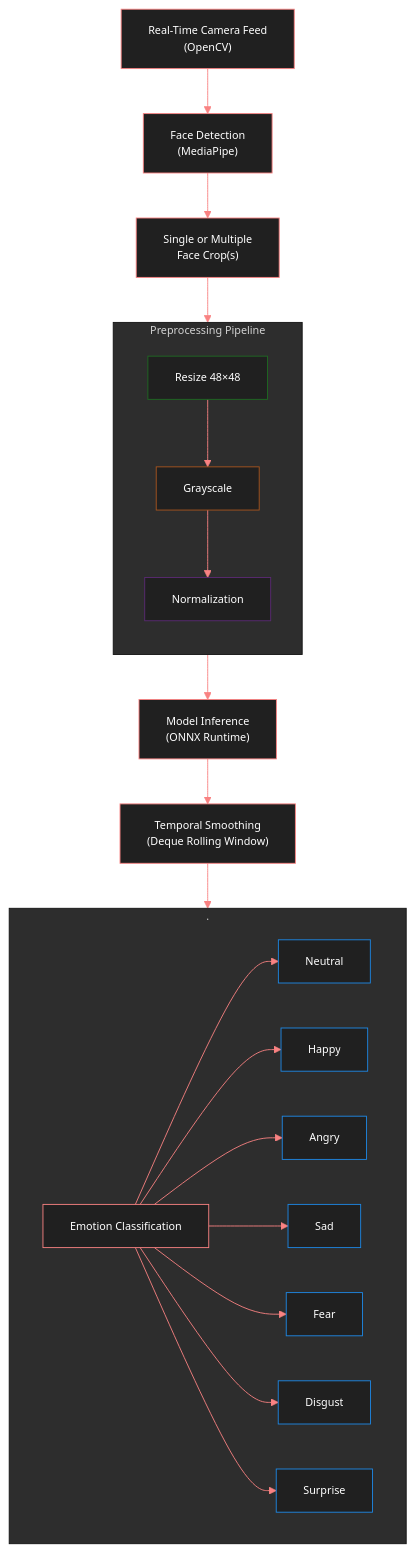
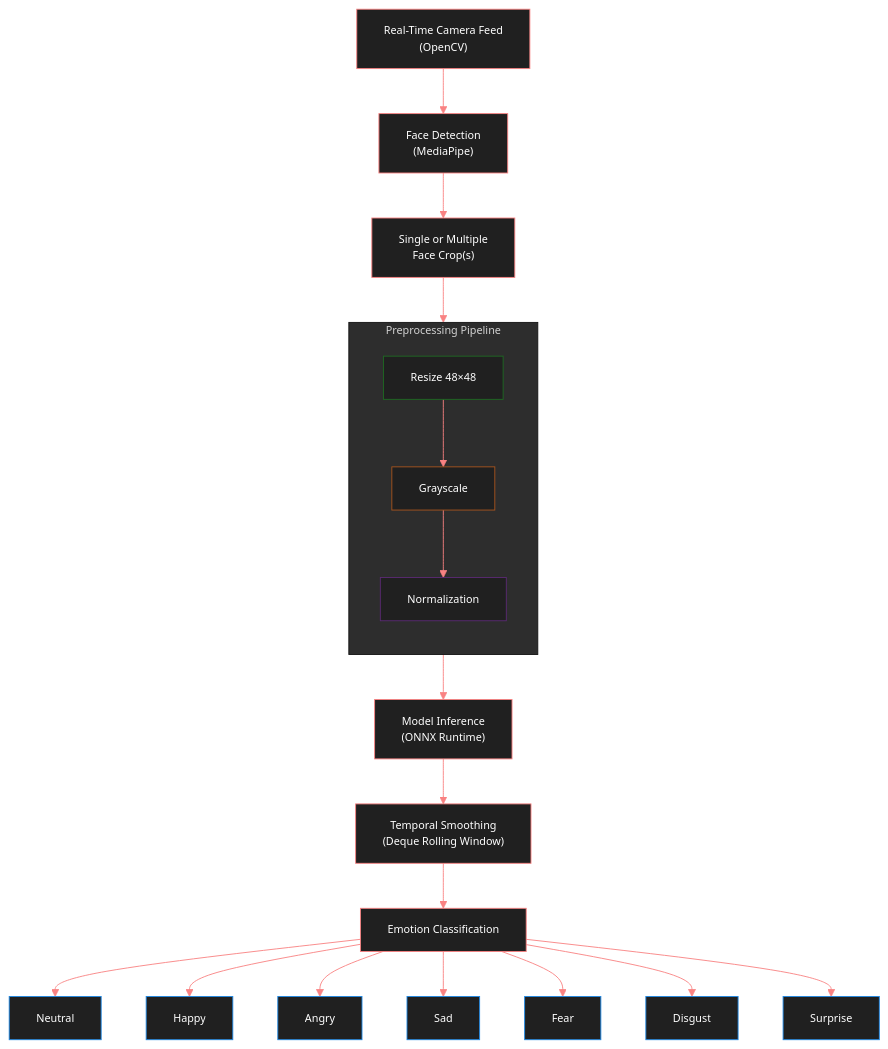
One commit to NkL-M/Real-Time-Facial-Emotion-Recognition changed the diagram in README.md. Above: the diagram before and after it, drawn with Mermaid.

````diff
--- a/README.md
+++ b/README.md
@@ -147,59 +147,48 @@
 ```mermaid
 %%{init: {'theme':'base','themeVariables':{
   'primaryColor':'#202020',
   'primaryTextColor':'#ffffff',
   'primaryBorderColor':'#f98282',
   'lineColor':'#f98282',
   'fontFamily':'JetBrains Mono',
   'fontSize':'12px'
 }}}%%
 flowchart TB
   P0["Real-Time Camera Feed
   (OpenCV)"]
   P0 --> P1["Face Detection
   (MediaPipe)"]
   P1 --> P2["Single or Multiple
   Face Crop(s)"]
   P2 --> PRE
   subgraph PRE["Preprocessing Pipeline"]
   direction TB
     P4["Resize 48×48"]
     P4 --> P5["Grayscale"]
     P5 --> P6["Normalization"]
 end
   style P4 stroke:#1e6a22, color:#ffffff
   style P5 stroke:#a8551e, color:#ffffff
   style P6 stroke:#5b2a74, color:#ffffff
 
   P6 --> P7["Model Inference
   (ONNX Runtime)"]
   P7 --> P8["Temporal Smoothing
   (Deque Rolling Window)"]
   P8 --> E["Emotion Classification"]
-
-subgraph .
-direction LR
-    N["Neutral"]
-    H["Happy"]
-    A["Angry"]
-    S["Sad"]
-    F["Fear"]
-    D["Disgust"]
-    SU["Surprise"]
-E --> N
-E --> H
-E --> A
-E --> S
-E --> F
-E --> D
-E --> SU
-end
+  E --> N["Neutral"]
+  E --> H["Happy"]
+  E --> A["Angry"]
+  E --> S["Sad"]
+  E --> F["Fear"]
+  E --> D["Disgust"]
+  E --> SU["Surprise"]
 
 style N stroke:#1e88e5, color:#ffffff
 style H stroke:#1e88e5, color:#ffffff
 style A stroke:#1e88e5, color:#ffffff
 style S stroke:#1e88e5, color:#ffffff
 style F stroke:#1e88e5, color:#ffffff
 style D stroke:#1e88e5, color:#ffffff
 style SU stroke:#1e88e5, color:#ffffff
 ```
````
